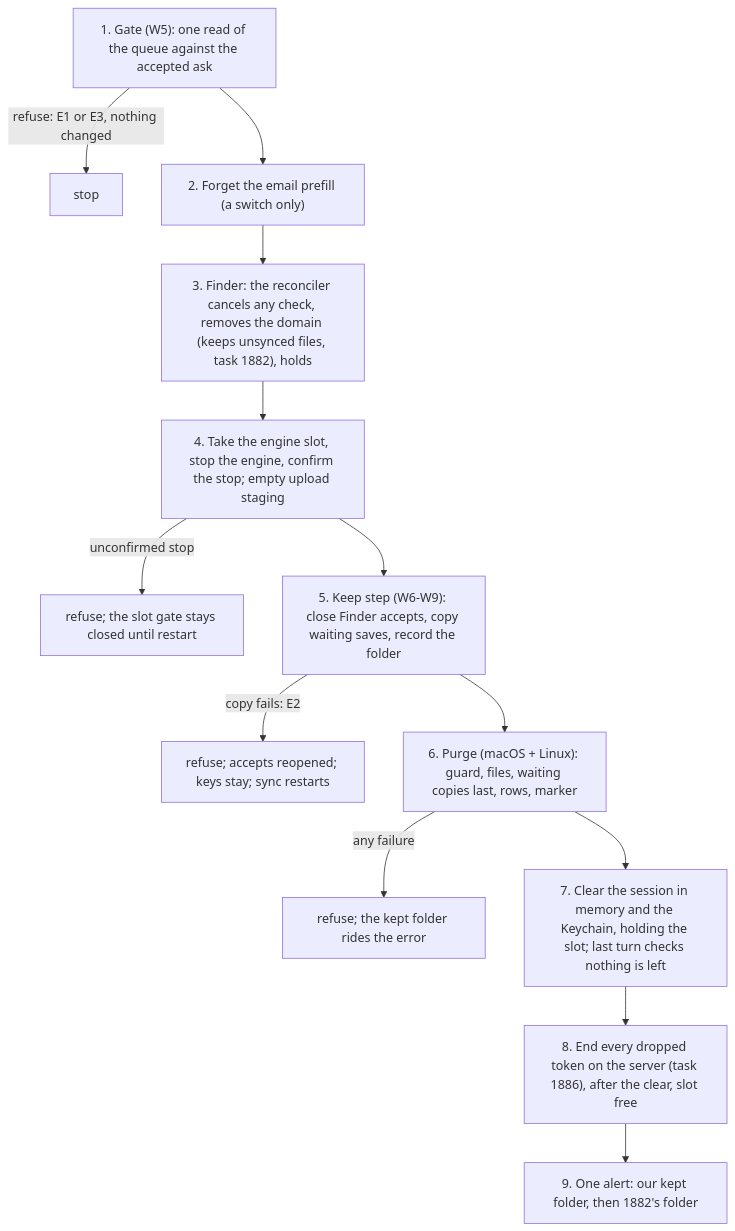
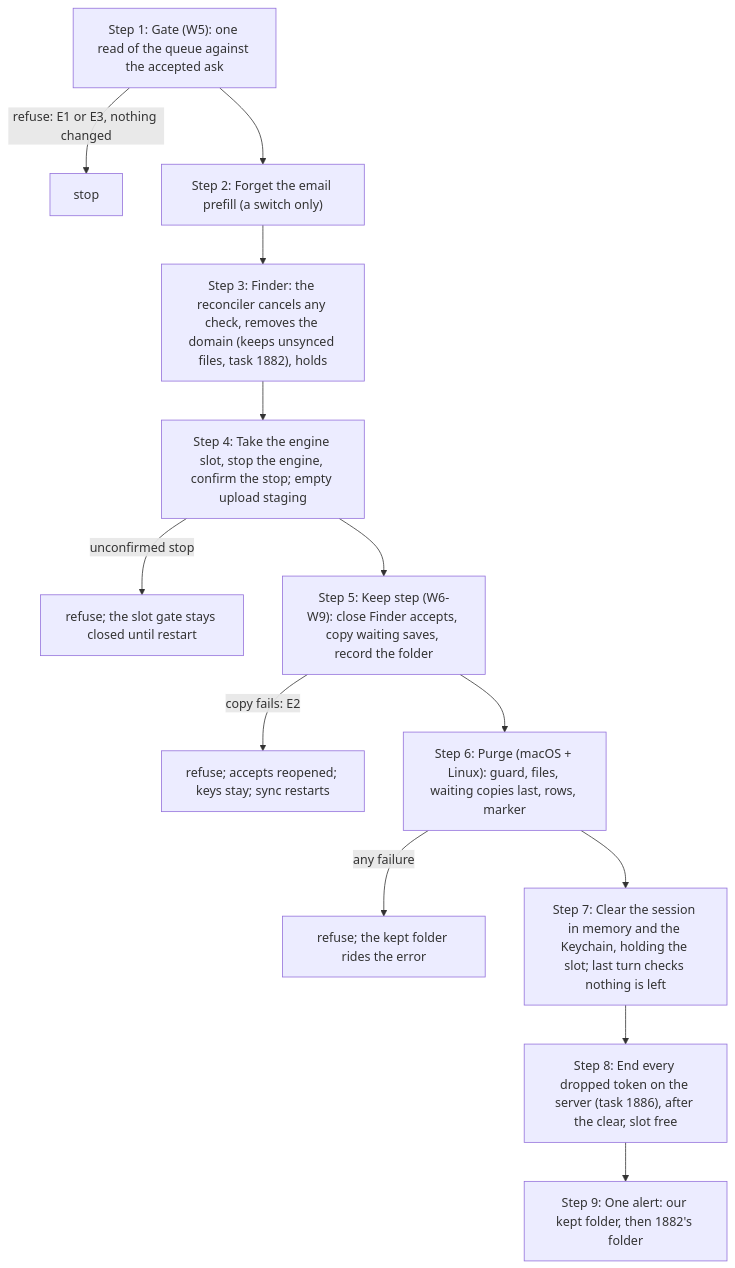
Before and after one commit to beebeeb-io/desktop: the diagram in native/beebeeb-drive-rune/docs/macos/sign-out-and-lock.md, drawn with Mermaid. The commit also changed other lines of this file and 2 other files, not shown here.

Commit message:
Name the native gap behind the old window-fit tests and draw the note diagrams safely
The four fit tests of the old window frame have no native copy: the
native window opens at its board size with no fit to a small display's
work area. The macOS window note now says so instead of calling them
moved. The flowcharts label their steps without a list marker, and the
interrupted sign-out line names its four crash points.

````diff
--- a/native/beebeeb-drive-rune/docs/macos/sign-out-and-lock.md
+++ b/native/beebeeb-drive-rune/docs/macos/sign-out-and-lock.md
@@ -58,15 +58,15 @@
 ```mermaid
 flowchart TD
-  G["1. Gate (W5): one read of the queue against the accepted ask"] -->|refuse: E1 or E3, nothing changed| X1[stop]
-  G --> E["2. Forget the email prefill (a switch only)"]
-  E --> R["3. Finder: the reconciler cancels any check, removes the domain (keeps unsynced files, task 1882), holds"]
-  R --> S["4. Take the engine slot, stop the engine, confirm the stop; empty upload staging"]
+  G["Step 1: Gate (W5): one read of the queue against the accepted ask"] -->|refuse: E1 or E3, nothing changed| X1[stop]
+  G --> E["Step 2: Forget the email prefill (a switch only)"]
+  E --> R["Step 3: Finder: the reconciler cancels any check, removes the domain (keeps unsynced files, task 1882), holds"]
+  R --> S["Step 4: Take the engine slot, stop the engine, confirm the stop; empty upload staging"]
   S -->|unconfirmed stop| X2["refuse; the slot gate stays closed until restart"]
-  S --> K["5. Keep step (W6-W9): close Finder accepts, copy waiting saves, record the folder"]
+  S --> K["Step 5: Keep step (W6-W9): close Finder accepts, copy waiting saves, record the folder"]
   K -->|copy fails: E2| X3["refuse; accepts reopened; keys stay; sync restarts"]
-  K --> P["6. Purge (macOS + Linux): guard, files, waiting copies last, rows, marker"]
+  K --> P["Step 6: Purge (macOS + Linux): guard, files, waiting copies last, rows, marker"]
   P -->|any failure| X4["refuse; the kept folder rides the error"]
-  P --> C["7. Clear the session in memory and the Keychain, holding the slot; last turn checks nothing is left"]
-  C --> V["8. End every dropped token on the server (task 1886), after the clear, slot free"]
-  V --> A["9. One alert: our kept folder, then 1882's folder"]
+  P --> C["Step 7: Clear the session in memory and the Keychain, holding the slot; last turn checks nothing is left"]
+  C --> V["Step 8: End every dropped token on the server (task 1886), after the clear, slot free"]
+  V --> A["Step 9: One alert: our kept folder, then 1882's folder"]
 ```
````
